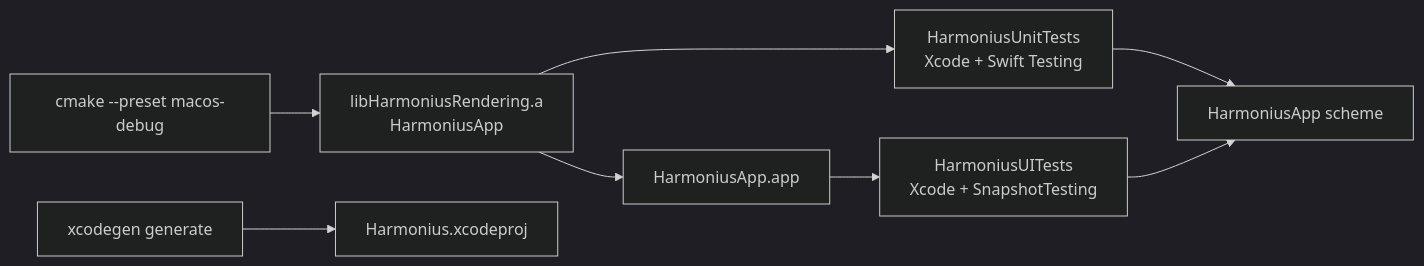
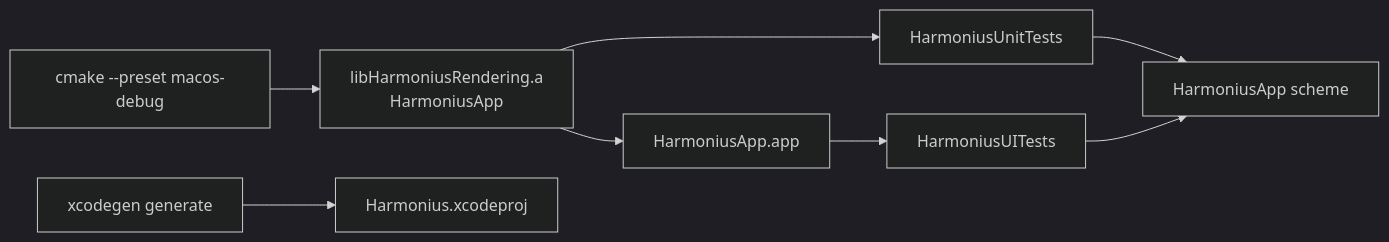
Before and after one commit to harmonius-dev/harmonius: the diagram in docs/testing.md, drawn with Mermaid (dark theme). The commit also changed other lines of this file and 2 other files, not shown here.

First line of the commit message:
Align testing docs with snapshot implementation.

````diff
--- a/docs/testing.md
+++ b/docs/testing.md
@@ -16,10 +16,10 @@
 ```mermaid
 flowchart LR
   cmake[cmake --preset macos-debug] --> lib[libHarmoniusRendering.a<br/>HarmoniusApp]
   xgen[xcodegen generate] --> proj[Harmonius.xcodeproj]
-  lib --> unit[HarmoniusUnitTests<br/>Xcode + Swift Testing]
+  lib --> unit[HarmoniusUnitTests]
   lib --> app[HarmoniusApp.app]
-  app --> ui[HarmoniusUITests<br/>Xcode + SnapshotTesting]
+  app --> ui[HarmoniusUITests]
   unit --> scheme[HarmoniusApp scheme]
   ui --> scheme
 ```
````
